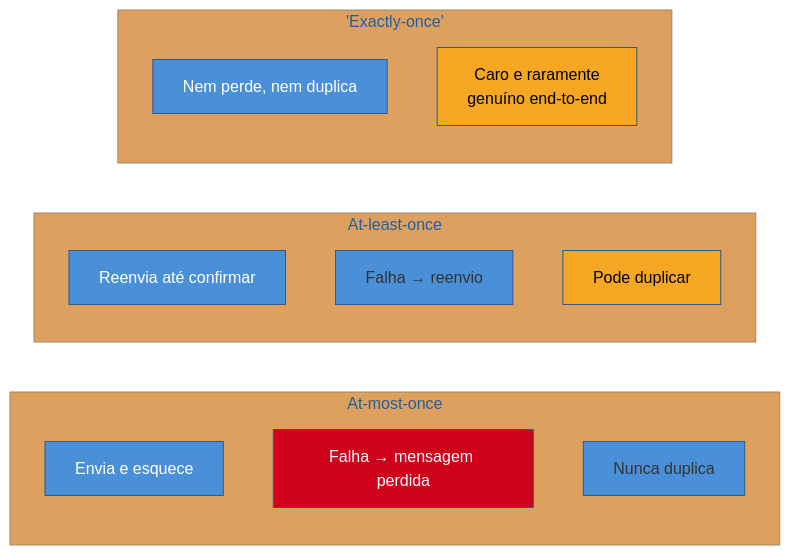
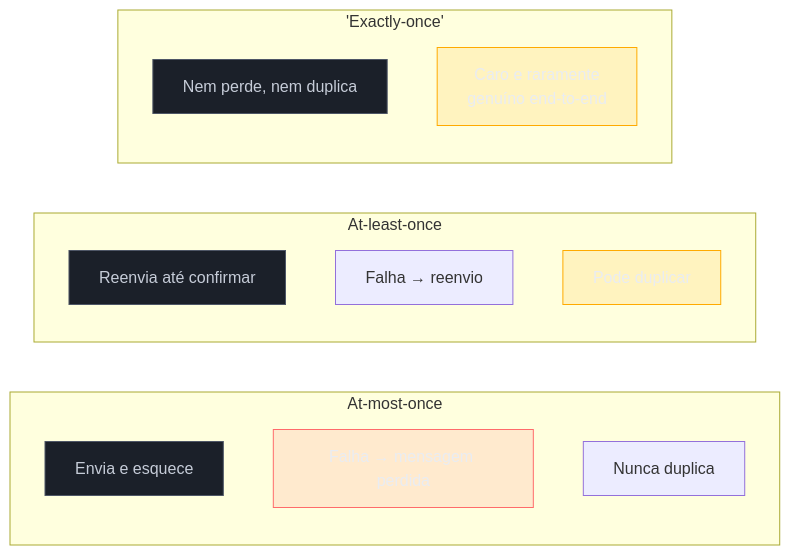
The first of 2 diagrams in 03-Dominios/Engenharia/Comunicação entre Sistemas/4 - Comunicação assíncrona/03 - Garantias de entrega e ordenação.md (josenaldo/codex-technomanticus), drawn with Mermaid before and after one commit. The commit also changed other lines of this file and 1181 other files, not shown here.

First line of the commit message:
fix(diagramas): paleta do sistema no lugar de cor cravada no markdown

````diff
--- a/03-Dominios/Engenharia/Comunicação entre Sistemas/4 - Comunicação assíncrona/03 - Garantias de entrega e ordenação.md
+++ b/03-Dominios/Engenharia/Comunicação entre Sistemas/4 - Comunicação assíncrona/03 - Garantias de entrega e ordenação.md
@@ -30,27 +30,29 @@
 ```mermaid
-%%{init: {"theme": "base", "themeVariables": {"primaryColor": "#4A90D9", "primaryBorderColor": "#2E5C8A", "lineColor": "#4A90D9"}}}%%
 graph LR
+    classDef falha fill:#FF6B6B24,stroke:#FF6B6B,color:#E9ECF2
+    classDef destaque fill:#FFAA0024,stroke:#FFAA00,color:#E9ECF2
+    classDef neutro fill:#1B2029,stroke:#4E5666,color:#C6CCD8
     subgraph AMO["At-most-once"]
         A1["Envia e esquece"]
         A2["Falha → mensagem perdida"]
         A3["Nunca duplica"]
     end
 
     subgraph ALO["At-least-once"]
         B1["Reenvia até confirmar"]
         B2["Falha → reenvio"]
         B3["Pode duplicar"]
     end
 
     subgraph EO["'Exactly-once'"]
         C1["Nem perde, nem duplica"]
         C2["Caro e raramente<br/>genuíno end-to-end"]
     end
 
-    style A2 fill:#D0021B,color:#fff
-    style B3 fill:#F5A623,color:#000
-    style C2 fill:#F5A623,color:#000
-    style A1 fill:#4A90D9,color:#fff
-    style B1 fill:#4A90D9,color:#fff
-    style C1 fill:#4A90D9,color:#fff
+    class A2 falha
+    class B3 destaque
+    class C2 destaque
+    class A1 neutro
+    class B1 neutro
+    class C1 neutro
 ```
````
